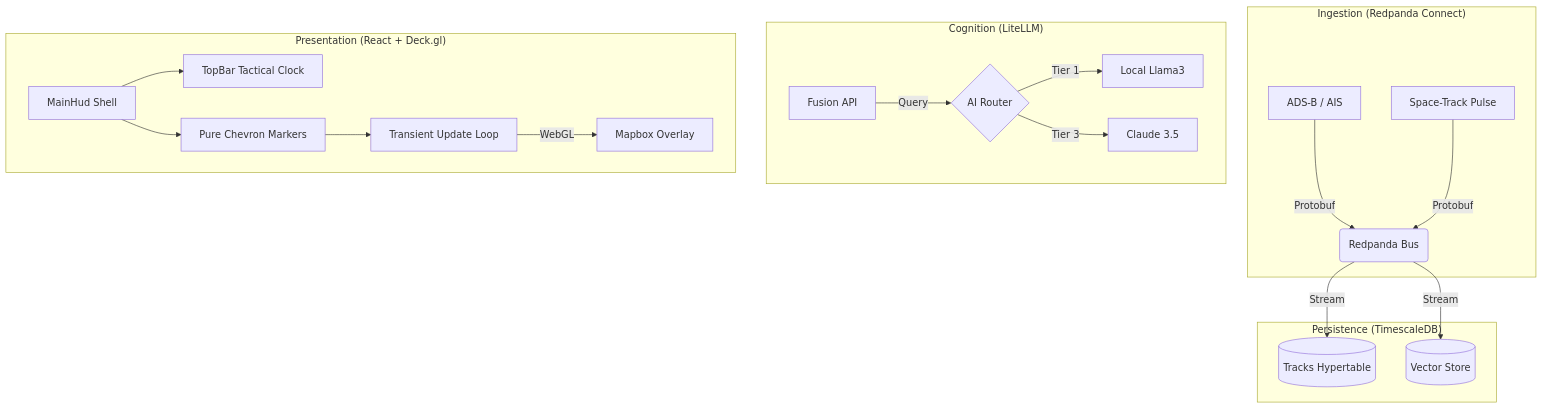
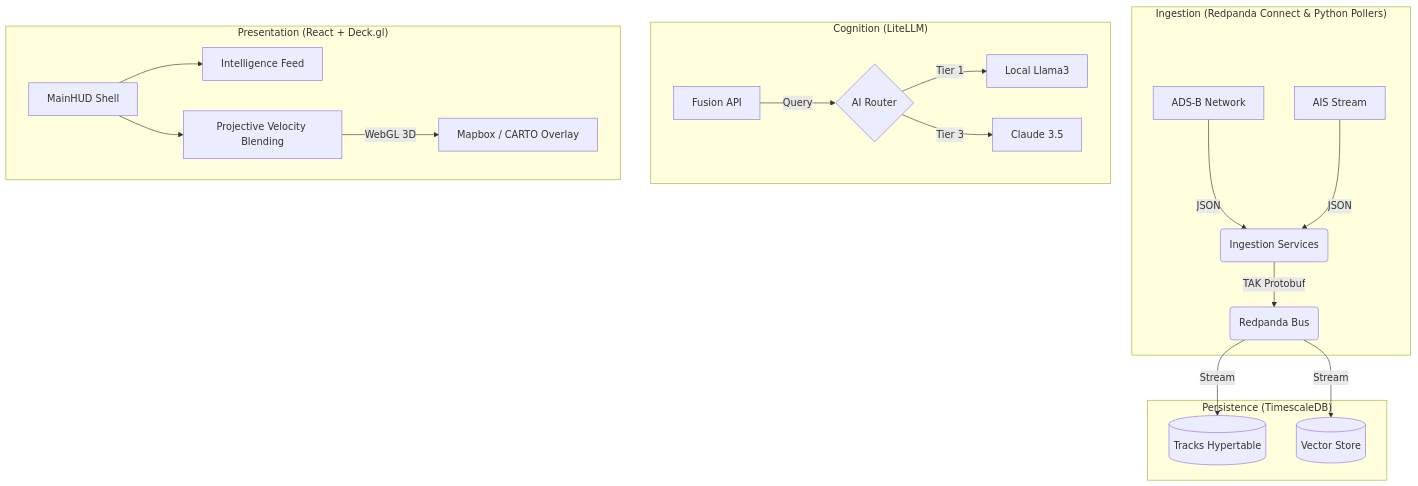
Before and after one commit to d3mocide/Sovereign_Watch: the diagram in README.md, drawn with Mermaid. The commit also changed other lines of this file and 3 other files, not shown here.

````diff
--- a/README.md
+++ b/README.md
@@ -44,25 +44,25 @@
 ```mermaid
 graph TD
-    subgraph "Ingestion (Redpanda Connect)"
-        A[ADS-B / AIS] -->|Protobuf| B(Redpanda Bus)
-        C[Space-Track Pulse] -->|Protobuf| B
+    subgraph "Ingestion (Redpanda Connect & Python Pollers)"
+        A[ADS-B Network] -->|JSON| B(Ingestion Services)
+        C[AIS Stream] -->|JSON| B
+        B -->|TAK Protobuf| D(Redpanda Bus)
     end
 
     subgraph "Persistence (TimescaleDB)"
-        B -->|Stream| D[(Tracks Hypertable)]
-        B -->|Stream| E[(Vector Store)]
+        D -->|Stream| E[(Tracks Hypertable)]
+        D -->|Stream| F[(Vector Store)]
     end
 
     subgraph "Cognition (LiteLLM)"
-        F[Fusion API] -->|Query| G{AI Router}
-        G -->|Tier 1| H[Local Llama3]
-        G -->|Tier 3| I[Claude 3.5]
+        G[Fusion API] -->|Query| H{AI Router}
+        H -->|Tier 1| I[Local Llama3]
+        H -->|Tier 3| J[Claude 3.5]
     end
 
     subgraph "Presentation (React + Deck.gl)"
-        J[MainHud Shell] --> K[TopBar Tactical Clock]
-        J --> L[Pure Chevron Markers]
-        L --> M[Transient Update Loop]
-        M -->|WebGL| N[Mapbox Overlay]
+        K[MainHUD Shell] --> L[Intelligence Feed]
+        K --> M[Projective Velocity Blending]
+        M -->|WebGL 3D| N[Mapbox / CARTO Overlay]
     end
 ```
````
